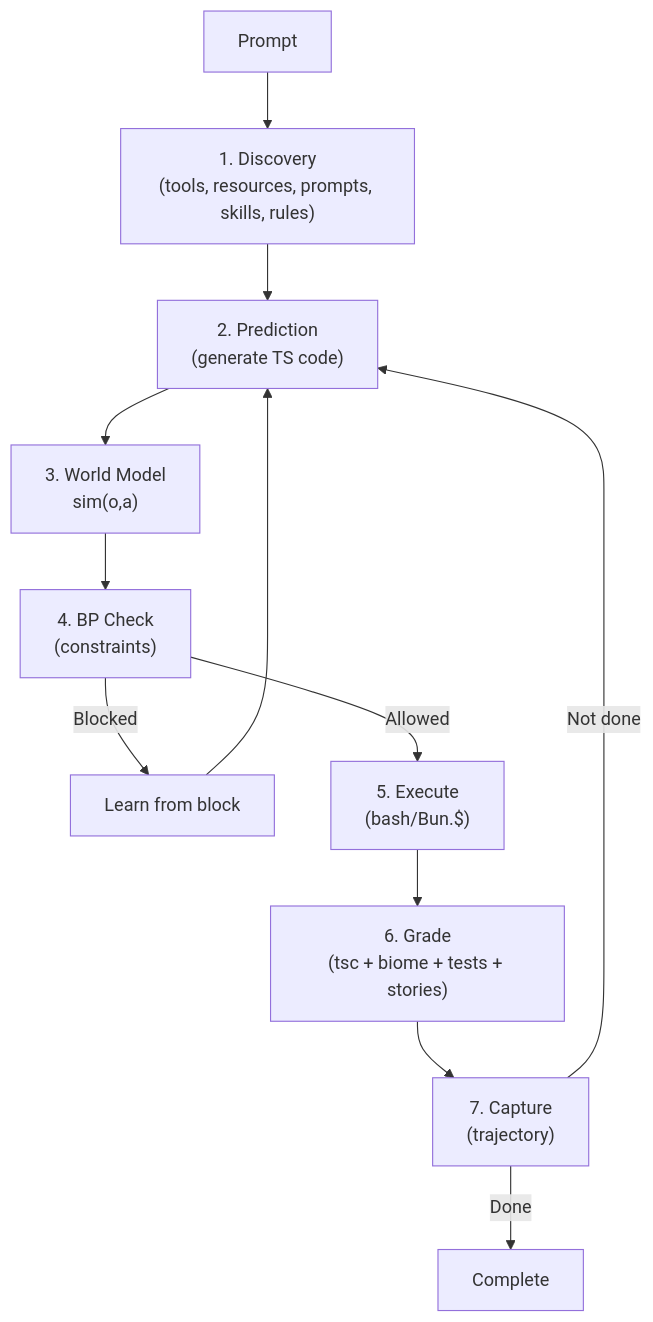
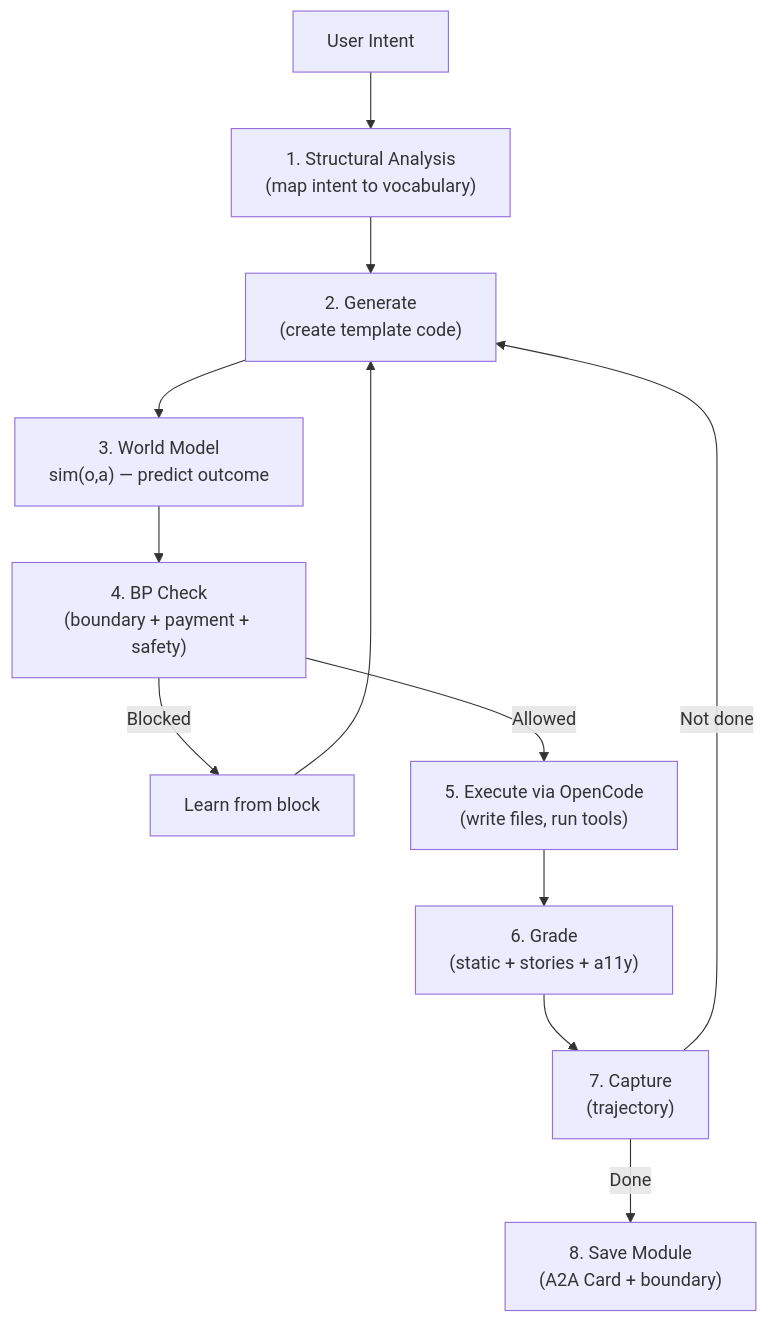
The tenth of 12 diagrams in PLAITED-AGENT-PLAN.md (plaited/plaited), drawn with Mermaid before and after one commit. The commit also changed other lines of this file and 1 other file, not shown here.

First line of the commit message:
docs(agent): update plan to V8 — generative UI client + modnet architecture

````diff
--- a/PLAITED-AGENT-PLAN.md
+++ b/PLAITED-AGENT-PLAN.md
@@ -936,14 +615,14 @@
 ```mermaid
 flowchart TB
-    Start["Prompt"] --> Discover["1. Discovery<br/>(tools, resources, prompts, skills, rules)"]
-    Discover --> Predict["2. Prediction<br/>(generate TS code)"]
-    Predict --> WorldModel["3. World Model<br/>sim(o,a)"]
-    WorldModel --> BP["4. BP Check<br/>(constraints)"]
+    Intent["User Intent"] --> Structure["1. Structural Analysis<br/>(map intent to vocabulary)"]
+    Structure --> Generate["2. Generate<br/>(create template code)"]
+    Generate --> WorldModel["3. World Model<br/>sim(o,a) — predict outcome"]
+    WorldModel --> BP["4. BP Check<br/>(boundary + payment + safety)"]
     BP -->|Blocked| Learn["Learn from block"]
-    Learn --> Predict
-    BP -->|Allowed| Execute["5. Execute<br/>(bash/Bun.$)"]
-    Execute --> Grade["6. Grade<br/>(tsc + biome + tests + stories)"]
+    Learn --> Generate
+    BP -->|Allowed| Execute["5. Execute via OpenCode<br/>(write files, run tools)"]
+    Execute --> Grade["6. Grade<br/>(static + stories + a11y)"]
     Grade --> Capture["7. Capture<br/>(trajectory)"]
-    Capture -->|Not done| Predict
-    Capture -->|Done| End["Complete"]
+    Capture -->|Not done| Generate
+    Capture -->|Done| Save["8. Save Module<br/>(A2A Card + boundary)"]
 ```
````
